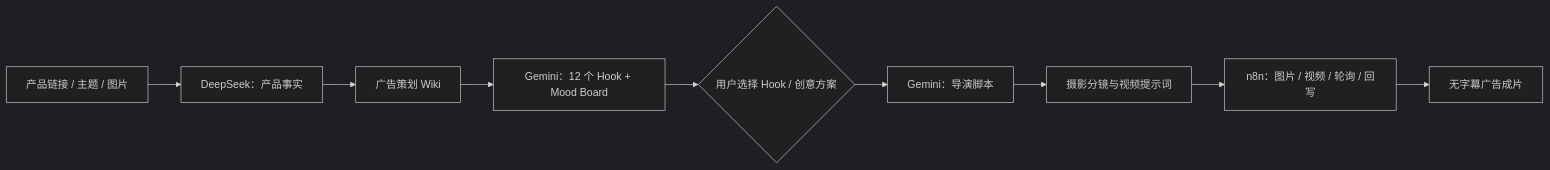
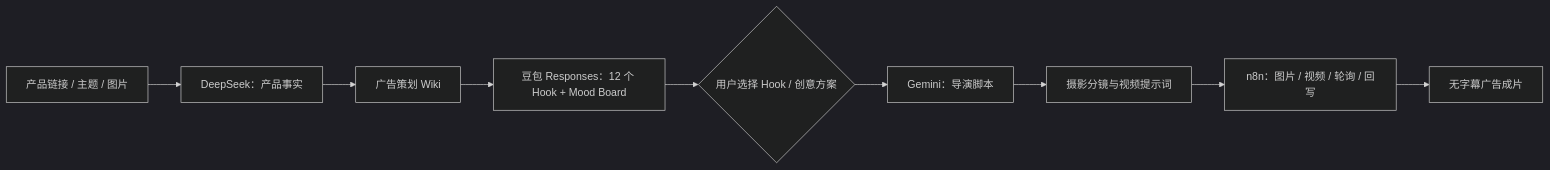
One commit to luoxiaohe0529-creator/ocean-glimmer-aigc changed the diagram in docs/CASE_STUDY.md. Above: the diagram before and after it, drawn with Mermaid (dark theme). The commit also changed 11 other files, not shown here.

````diff
--- a/docs/CASE_STUDY.md
+++ b/docs/CASE_STUDY.md
@@ -13,11 +13,11 @@
 ```mermaid
 flowchart LR
   A[产品链接 / 主题 / 图片] --> B[DeepSeek：产品事实]
   B --> C[广告策划 Wiki]
-  C --> D[Gemini：12 个 Hook + Mood Board]
+  C --> D[豆包 Responses：12 个 Hook + Mood Board]
   D --> E{用户选择 Hook / 创意方案}
   E --> F[Gemini：导演脚本]
   F --> G[摄影分镜与视频提示词]
   G --> H[n8n：图片 / 视频 / 轮询 / 回写]
   H --> I[无字幕广告成片]
 ```
````
